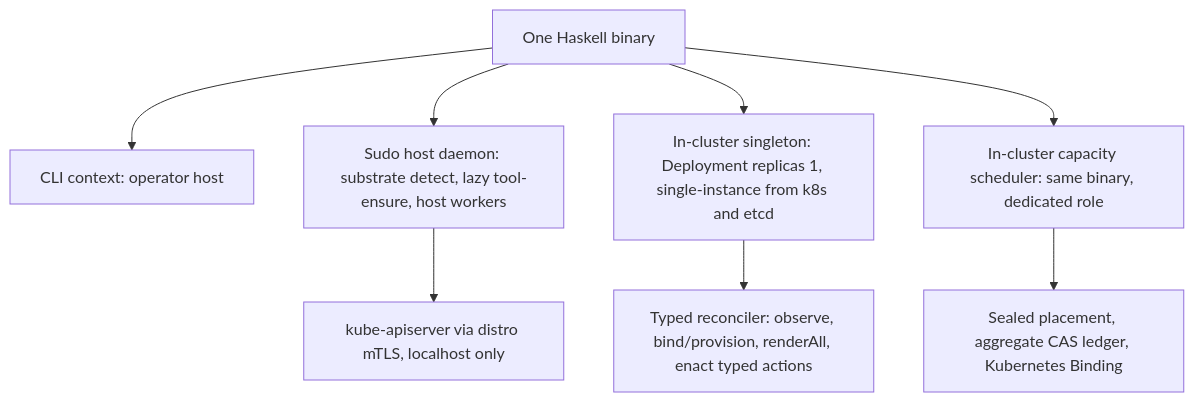
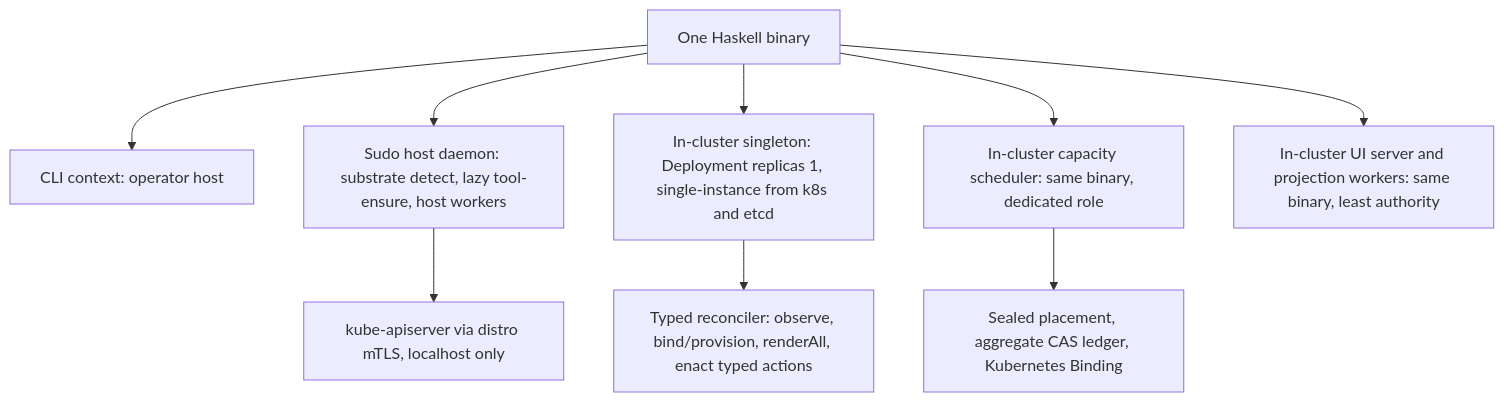
Before and after one commit to Tuee22/amoebius: the diagram in DEVELOPMENT_PLAN/overview.md, drawn with Mermaid. The commit also changed other lines of this file and 144 other files, not shown here.

````diff
--- a/DEVELOPMENT_PLAN/overview.md
+++ b/DEVELOPMENT_PLAN/overview.md
@@ -48,10 +52,11 @@
 ```mermaid
 flowchart TD
   src[One Haskell binary] --> cli[CLI context: operator host]
   src --> host[Sudo host daemon: substrate detect, lazy tool-ensure, host workers]
   src --> pod[In-cluster singleton: Deployment replicas 1, single-instance from k8s and etcd]
   src --> sched[In-cluster capacity scheduler: same binary, dedicated role]
+  src --> ui[In-cluster UI server and projection workers: same binary, least authority]
   host --> kube[kube-apiserver via distro mTLS, localhost only]
   pod --> recon[Typed reconciler: observe, bind/provision, renderAll, enact typed actions]
   sched --> bind[Sealed placement, aggregate CAS ledger, Kubernetes Binding]
 ```
````
